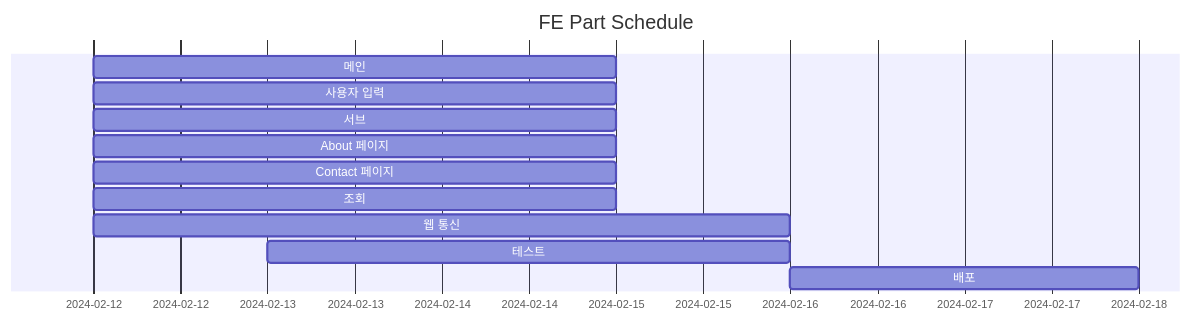
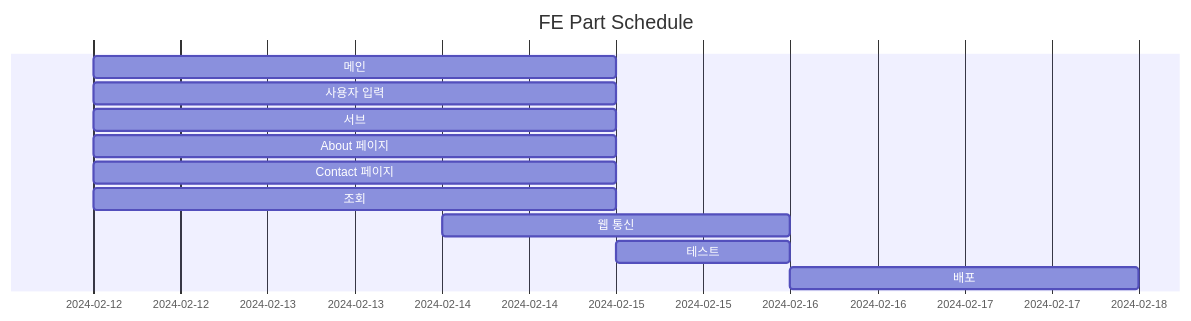
One commit to TheRealParkJoohyung/product-pricing changed the second of 2 diagrams in README.md. Above: the diagram before and after it, drawn with Mermaid.

````diff
--- a/README.md
+++ b/README.md
@@ -61,15 +61,15 @@
 ```mermaid
 gantt
     todayMarker off
     title FE Part Schedule
     dateFormat YYYY-MM-DD
         메인 :2024-02-12, 3d
         사용자 입력 :2024-02-12, 3d
         서브 :2024-02-12, 3d
         About 페이지 :2024-02-12, 3d
         Contact 페이지 :2024-02-12, 3d
         조회 :2024-02-12, 3d
-        웹 통신 :2024-02-12, 4d
-        테스트 :2024-02-13, 3d
+        웹 통신 :2024-02-14, 2d
+        테스트 :2024-02-15, 1d
         배포 :2024-02-16, 2d
 ```
````
